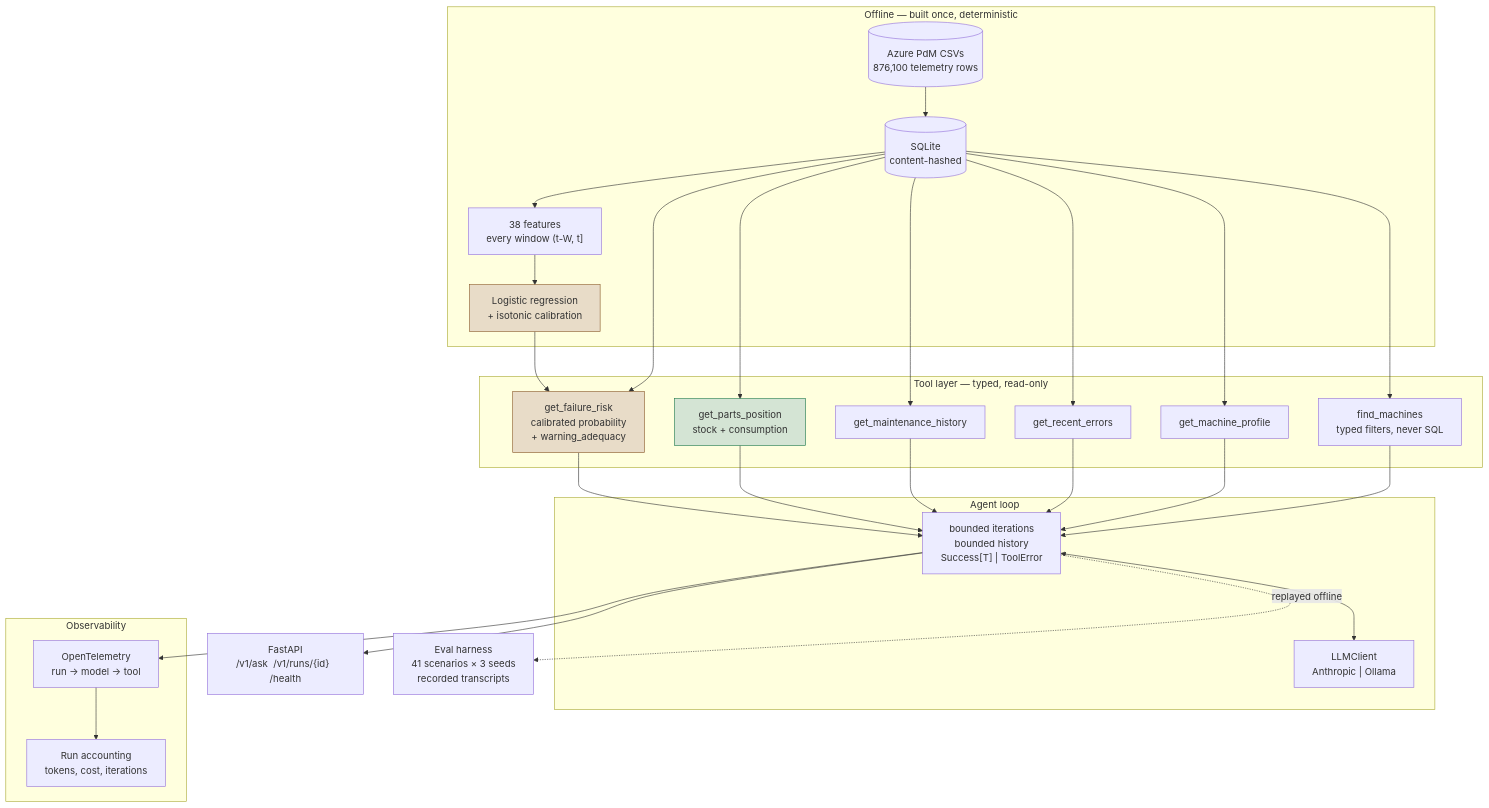
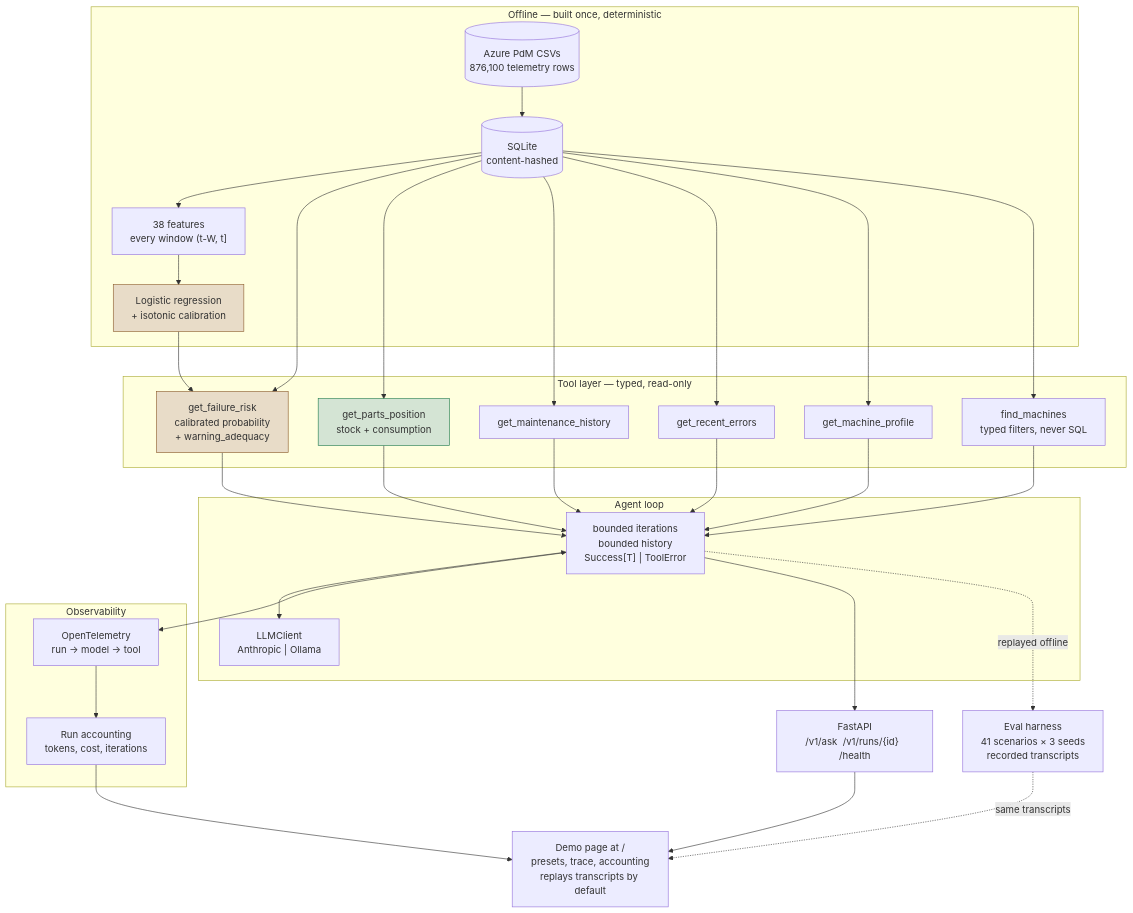
The diagram in README.md (LomadaDharmateja/predictive-maintenance-agent), drawn with Mermaid before and after one commit. The commit also changed other lines of this file and 66 other files, not shown here.

````diff
--- a/README.md
+++ b/README.md
@@ -94,45 +148,48 @@
 ```mermaid
 flowchart TB
     subgraph offline["Offline — built once, deterministic"]
         raw[("Azure PdM CSVs<br/>876,100 telemetry rows")]
         db[("SQLite<br/>content-hashed")]
         feat["38 features<br/>every window (t-W, t]"]
         model["Logistic regression<br/>+ isotonic calibration"]
         raw --> db --> feat --> model
     end
 
     subgraph tools["Tool layer — typed, read-only"]
         risk["get_failure_risk<br/>calibrated probability<br/>+ warning_adequacy"]
         parts["get_parts_position<br/>stock + consumption"]
         hist["get_maintenance_history"]
         errs["get_recent_errors"]
         prof["get_machine_profile"]
         find["find_machines<br/>typed filters, never SQL"]
     end
 
     subgraph agent["Agent loop"]
         loop["bounded iterations<br/>bounded history<br/>Success[T] | ToolError"]
         prov["LLMClient<br/>Anthropic | Ollama"]
     end
 
     subgraph obs["Observability"]
         span["OpenTelemetry<br/>run → model → tool"]
         acct["Run accounting<br/>tokens, cost, iterations"]
     end
 
     api["FastAPI<br/>/v1/ask  /v1/runs/{id}  /health"]
+    ui["Demo page at /<br/>presets, trace, accounting<br/>replays transcripts by default"]
 
     model --> risk
     db --> risk & parts & hist & errs & prof & find
     risk & parts & hist & errs & prof & find --> loop
     loop <--> prov
     loop --> span --> acct
-    loop --> api
+    loop --> api --> ui
+    acct --> ui
 
     evals["Eval harness<br/>41 scenarios × 3 seeds<br/>recorded transcripts"]
     loop -.replayed offline.-> evals
+    evals -.same transcripts.-> ui
 
     style model fill:#e8dcc8,stroke:#8a5a2b
     style risk fill:#e8dcc8,stroke:#8a5a2b
     style parts fill:#d4e4d4,stroke:#1f7a4d
 ```
````
